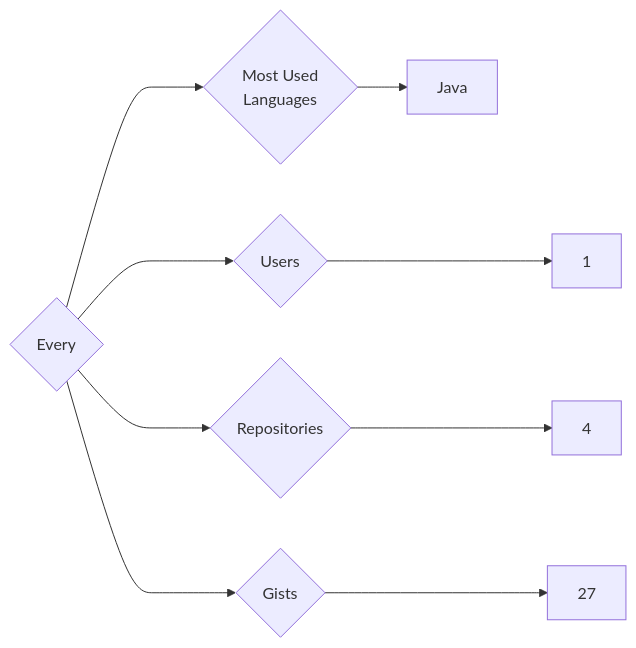
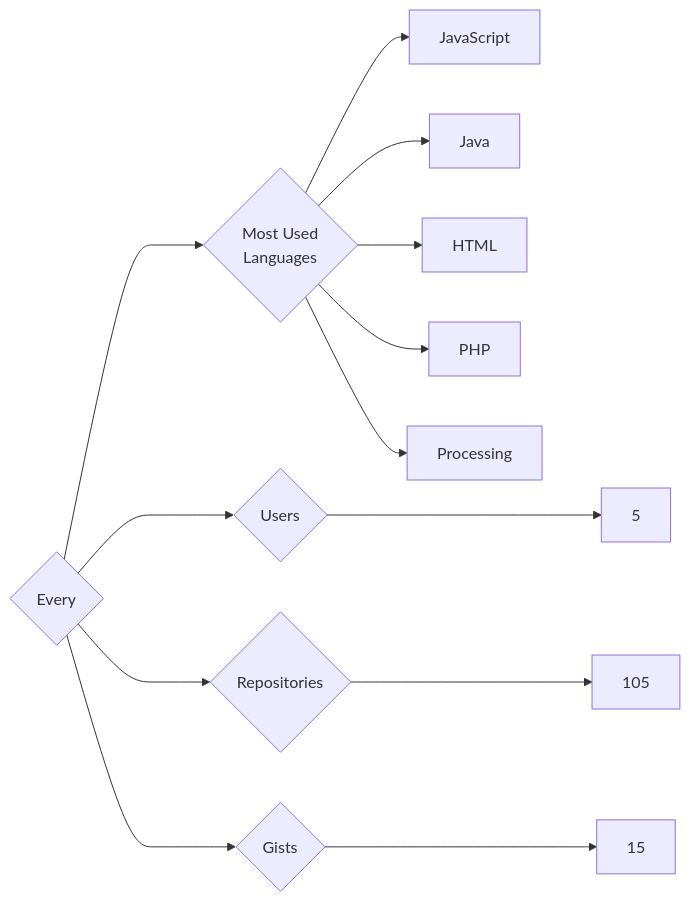
One commit to trickest/insiders changed the diagram in targets/Every/README.md. Above: the diagram before and after it, drawn with Mermaid. The commit also changed 837 other files, not shown here.

````diff
--- a/targets/Every/README.md
+++ b/targets/Every/README.md
@@ -3,9 +3,13 @@
 ```mermaid
 graph LR
 COMPANY_NAME{Every}
-COMPANY_NAME ---> U{Users} ---> UN[1]
-COMPANY_NAME ---> R{Repositories} ---> RN[4]
-COMPANY_NAME ---> G{Gists} ---> GN[27]
+COMPANY_NAME ---> U{Users} ---> UN[5]
+COMPANY_NAME ---> R{Repositories} ---> RN[105]
+COMPANY_NAME ---> G{Gists} ---> GN[15]
 COMPANY_NAME ---> ML{Most Used<br>Languages}
+ML --> JavaScript[JavaScript]
 ML --> Java[Java]
+ML --> HTML[HTML]
+ML --> PHP[PHP]
+ML --> Processing[Processing]
 ```
````
